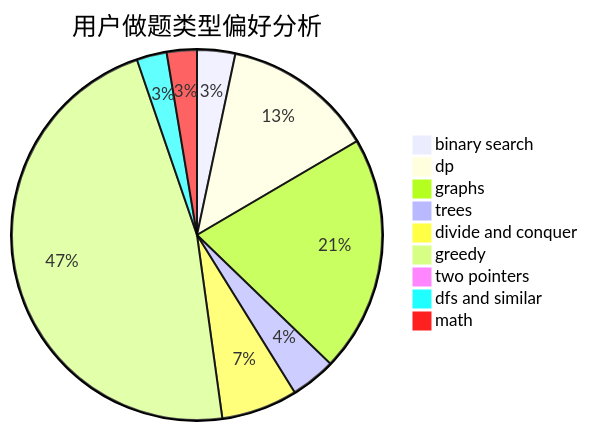
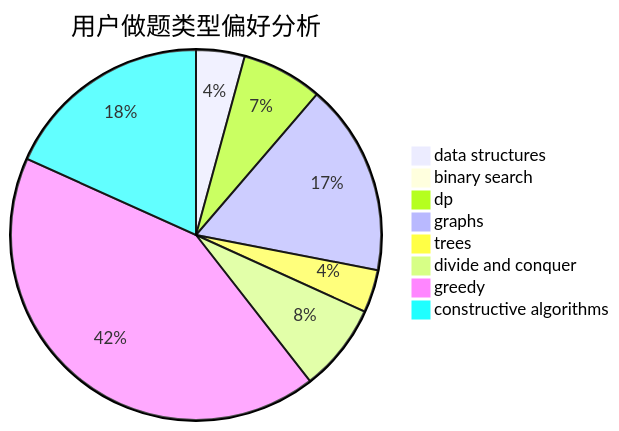
The second of 3 diagrams in docs/user/u2561.md (sherpahu/cfrs.github.io), drawn with Mermaid before and after one commit. The commit also changed other lines of this file and 2775 other files, not shown here.

````diff
--- a/docs/user/u2561.md
+++ b/docs/user/u2561.md
@@ -23,12 +23,11 @@
 ```mermaid
 pie title 用户做题类型偏好分析
-    "binary search" :  38
-    "dp" :  151
-    "graphs" :  236
-    "trees" :  45
+    "data structures" :  42
+    "binary search" :  3
+    "dp" :  70
+    "graphs" :  166
+    "trees" :  37
     "divide and conquer" :  76
-    "greedy" :  536
-    "two pointers" :  1
-    "dfs and similar" :  30
-    "math" :  30
+    "greedy" :  419
+    "constructive algorithms" :  181
 ```
````
